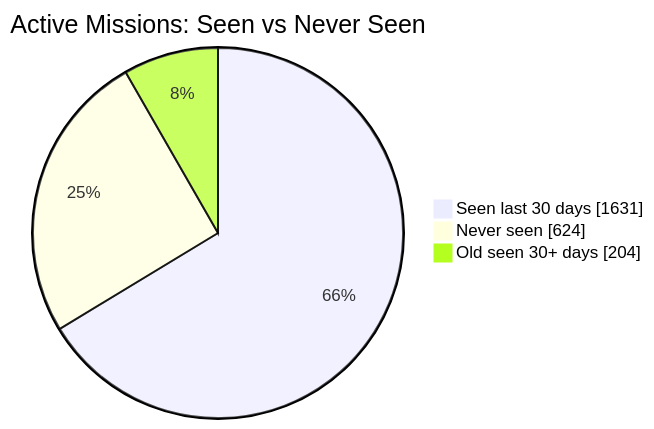
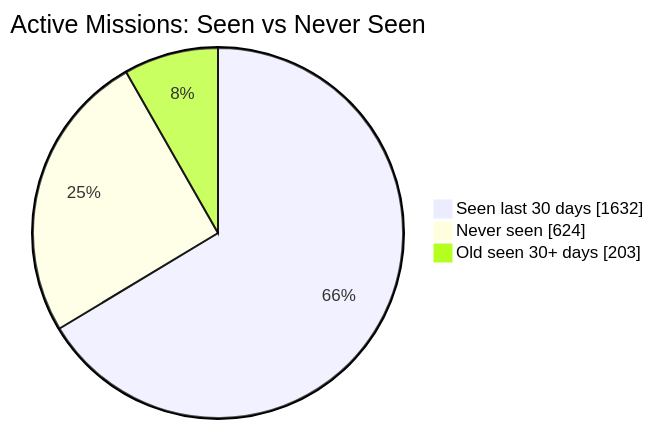
The first of 2 diagrams in README.md (MeldkamerspelGameTeam/active-missions), drawn with Mermaid before and after one commit. The commit also changed other lines of this file and 2 other files, not shown here.

````diff
--- a/README.md
+++ b/README.md
@@ -34,7 +34,7 @@
 ```mermaid
 pie showData
     title Active Missions: Seen vs Never Seen
-    "Seen last 30 days" : 1631
+    "Seen last 30 days" : 1632
     "Never seen" : 624
-    "Old seen 30+ days" : 204
+    "Old seen 30+ days" : 203
 ```
````
